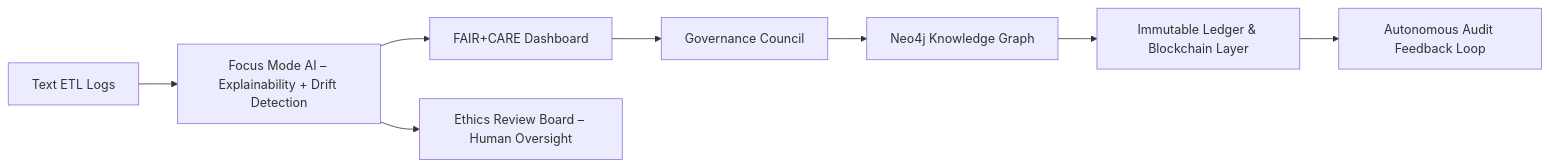
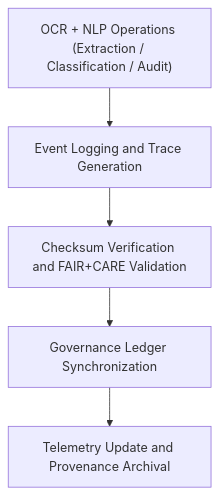
Before and after one commit to bartytime4life/Kansas-Frontier-Matrix: the diagram in data/work/tmp/text/logs/README.md, drawn with Mermaid. The commit also changed other lines of this file, not shown here.

````diff
--- a/data/work/tmp/text/logs/README.md
+++ b/data/work/tmp/text/logs/README.md
@@ -71,10 +68,7 @@
 ```mermaid
-graph LR
-    A["Text ETL Logs"] --> B["Focus Mode AI – Explainability + Drift Detection"]
-    B --> C["FAIR+CARE Dashboard"]
-    B --> D["Ethics Review Board – Human Oversight"]
-    C --> E["Governance Council"]
-    E --> F["Neo4j Knowledge Graph"]
-    F --> G["Immutable Ledger & Blockchain Layer"]
-    G --> H["Autonomous Audit Feedback Loop"]
+flowchart TD
+    A["OCR + NLP Operations (Extraction / Classification / Audit)"] --> B["Event Logging and Trace Generation"]
+    B --> C["Checksum Verification and FAIR+CARE Validation"]
+    C --> D["Governance Ledger Synchronization"]
+    D --> E["Telemetry Update and Provenance Archival"]
 ```
````
